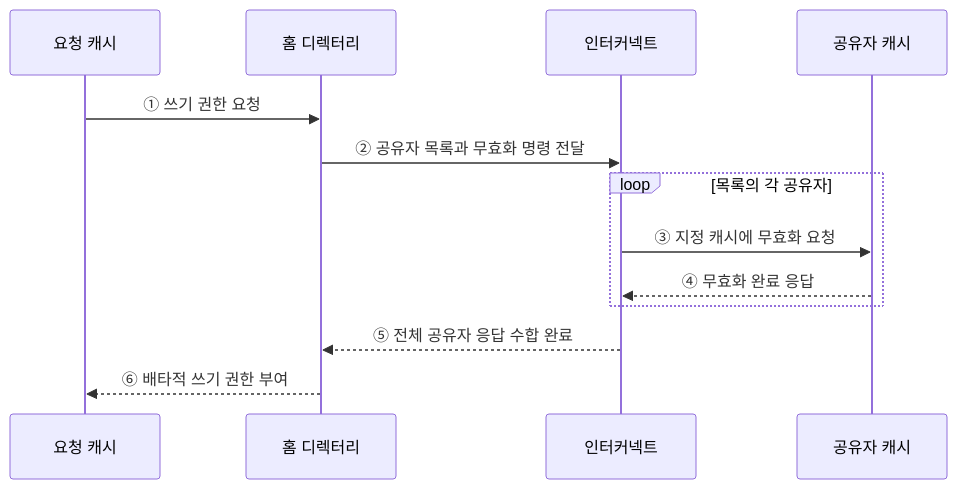
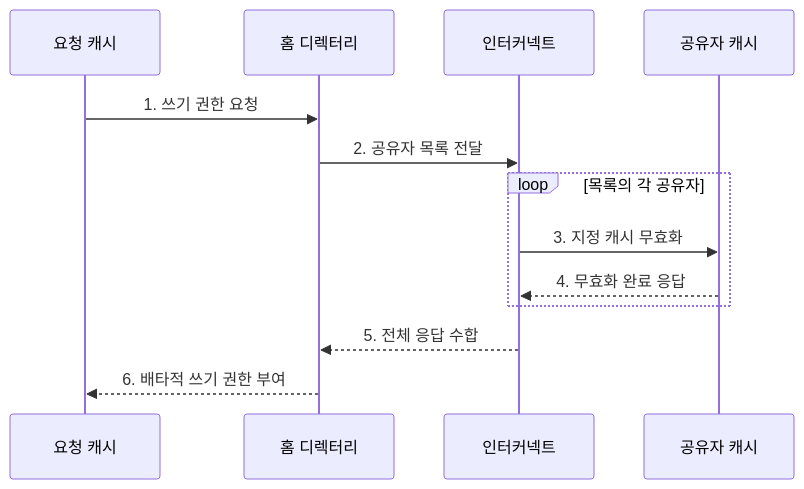
One commit to agnusdei1207/knowledge-base changed the second of 2 diagrams in src/content/docs/notes/02-hardware/015_bus_snooping_directory_coherence.md. Above: the diagram before and after it, drawn with Mermaid. The commit also changed other lines of this file and 20 other files, not shown here.

````diff
--- a/src/content/docs/notes/02-hardware/015_bus_snooping_directory_coherence.md
+++ b/src/content/docs/notes/02-hardware/015_bus_snooping_directory_coherence.md
@@ -82,15 +89,15 @@
 ```mermaid
 sequenceDiagram
     participant C as 요청 캐시
     participant H as 홈 디렉터리
     participant N as 인터커넥트
     participant S as 공유자 캐시
-    C->>H: ① 쓰기 권한 요청
-    H->>N: ② 공유자 목록과 무효화 명령 전달
+    C->>H: 1. 쓰기 권한 요청
+    H->>N: 2. 공유자 목록 전달
     loop 목록의 각 공유자
-        N->>S: ③ 지정 캐시에 무효화 요청
-        S-->>N: ④ 무효화 완료 응답
+        N->>S: 3. 지정 캐시 무효화
+        S-->>N: 4. 무효화 완료 응답
     end
-    N-->>H: ⑤ 전체 공유자 응답 수합 완료
-    H-->>C: ⑥ 배타적 쓰기 권한 부여
+    N-->>H: 5. 전체 응답 수합
+    H-->>C: 6. 배타적 쓰기 권한 부여
 ```
````
